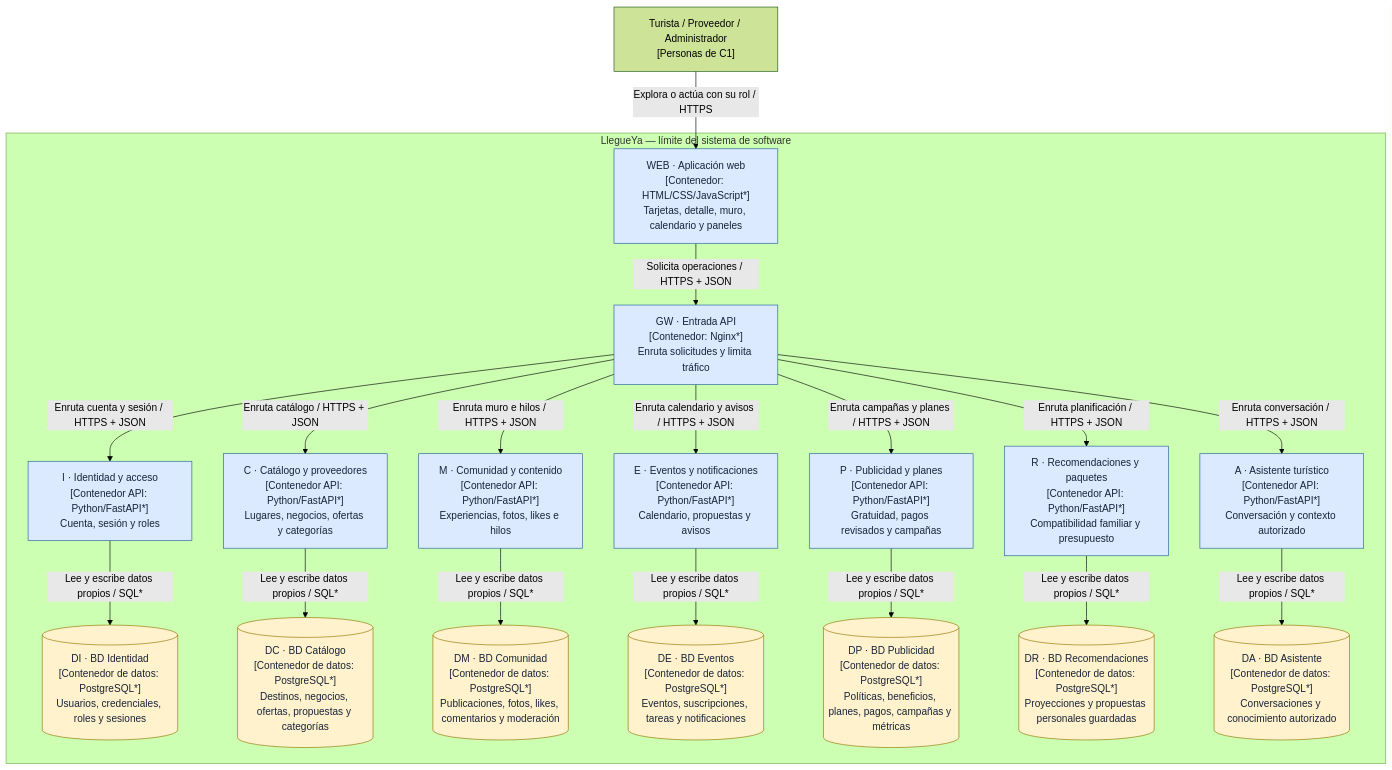
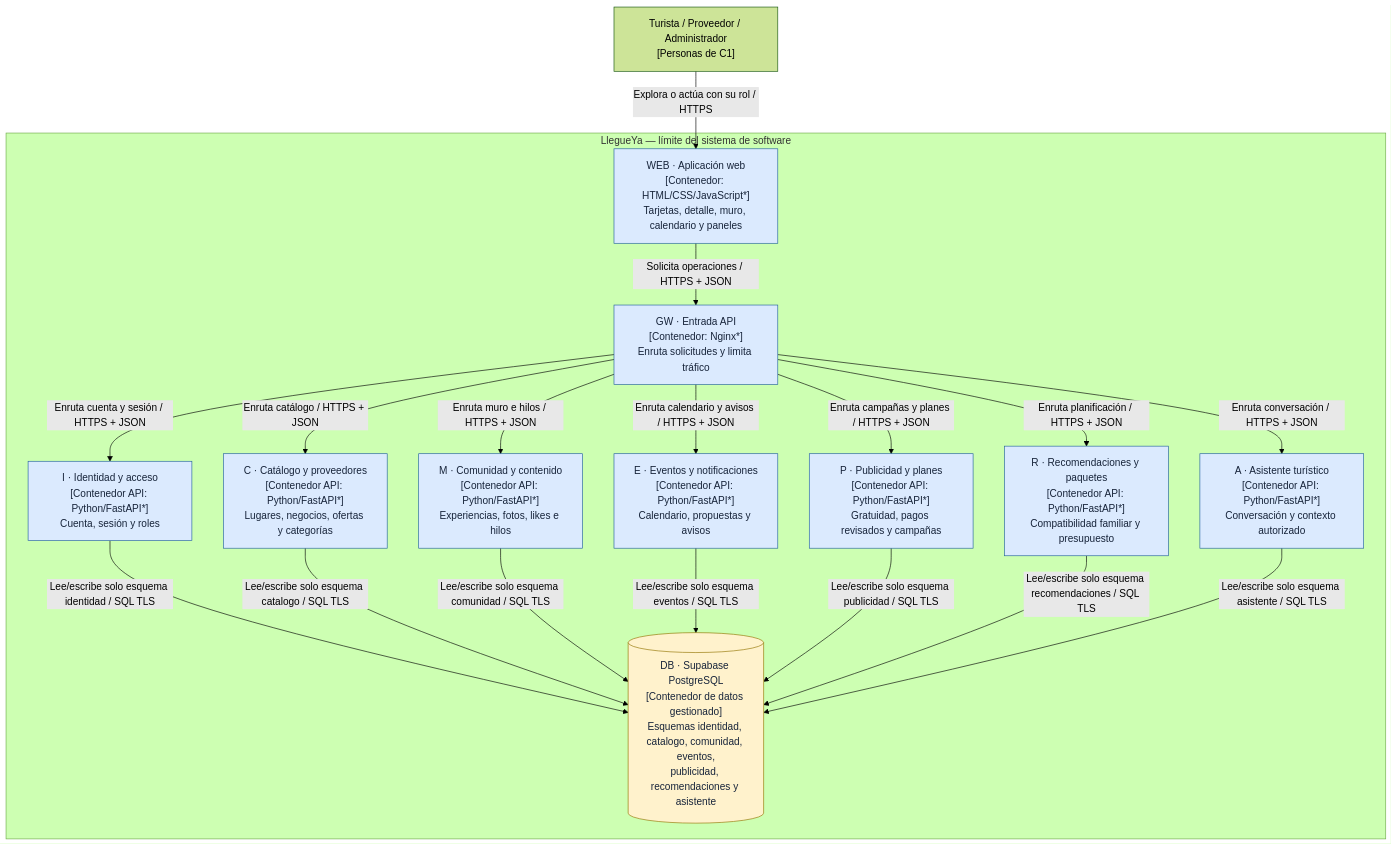
The first of 3 diagrams in modelo-c4/Nivel2-DiagramadeContenedores.md (cristianllallahui27-commits/LlegueYa), drawn with Mermaid (forest theme) before and after one commit. The commit also changed other lines of this file and 225 other files, not shown here.

````diff
--- a/modelo-c4/Nivel2-DiagramadeContenedores.md
+++ b/modelo-c4/Nivel2-DiagramadeContenedores.md
@@ -17,42 +17,36 @@
 ```mermaid
 flowchart TB
     U["Turista / Proveedor / Administrador<br/>[Personas de C1]"]
     subgraph LY["LlegueYa — límite del sistema de software"]
       WEB["WEB · Aplicación web<br/>[Contenedor: HTML/CSS/JavaScript*]<br/>Tarjetas, detalle, muro, calendario y paneles"]
       GW["GW · Entrada API<br/>[Contenedor: Nginx*]<br/>Enruta solicitudes y limita tráfico"]
       I["I · Identidad y acceso<br/>[Contenedor API: Python/FastAPI*]<br/>Cuenta, sesión y roles"]
       C["C · Catálogo y proveedores<br/>[Contenedor API: Python/FastAPI*]<br/>Lugares, negocios, ofertas y categorías"]
       M["M · Comunidad y contenido<br/>[Contenedor API: Python/FastAPI*]<br/>Experiencias, fotos, likes e hilos"]
       E["E · Eventos y notificaciones<br/>[Contenedor API: Python/FastAPI*]<br/>Calendario, propuestas y avisos"]
       P["P · Publicidad y planes<br/>[Contenedor API: Python/FastAPI*]<br/>Gratuidad, pagos revisados y campañas"]
       R["R · Recomendaciones y paquetes<br/>[Contenedor API: Python/FastAPI*]<br/>Compatibilidad familiar y presupuesto"]
       A["A · Asistente turístico<br/>[Contenedor API: Python/FastAPI*]<br/>Conversación y contexto autorizado"]
-      DI[("DI · BD Identidad<br/>[Contenedor de datos: PostgreSQL*]<br/>Usuarios, credenciales, roles y sesiones")]
-      DC[("DC · BD Catálogo<br/>[Contenedor de datos: PostgreSQL*]<br/>Destinos, negocios, ofertas, propuestas y categorías")]
-      DM[("DM · BD Comunidad<br/>[Contenedor de datos: PostgreSQL*]<br/>Publicaciones, fotos, likes, comentarios y moderación")]
-      DE[("DE · BD Eventos<br/>[Contenedor de datos: PostgreSQL*]<br/>Eventos, suscripciones, tareas y notificaciones")]
-      DP[("DP · BD Publicidad<br/>[Contenedor de datos: PostgreSQL*]<br/>Políticas, beneficios, planes, pagos, campañas y métricas")]
-      DR[("DR · BD Recomendaciones<br/>[Contenedor de datos: PostgreSQL*]<br/>Proyecciones y propuestas personales guardadas")]
-      DA[("DA · BD Asistente<br/>[Contenedor de datos: PostgreSQL*]<br/>Conversaciones y conocimiento autorizado")]
+      DB[("DB · Supabase PostgreSQL<br/>[Contenedor de datos gestionado]<br/>Esquemas identidad, catalogo, comunidad, eventos,<br/>publicidad, recomendaciones y asistente")]
       WEB -->|"Solicita operaciones / HTTPS + JSON"| GW
       GW -->|"Enruta cuenta y sesión / HTTPS + JSON"| I
       GW -->|"Enruta catálogo / HTTPS + JSON"| C
       GW -->|"Enruta muro e hilos / HTTPS + JSON"| M
       GW -->|"Enruta calendario y avisos / HTTPS + JSON"| E
       GW -->|"Enruta campañas y planes / HTTPS + JSON"| P
       GW -->|"Enruta planificación / HTTPS + JSON"| R
       GW -->|"Enruta conversación / HTTPS + JSON"| A
-      I -->|"Lee y escribe datos propios / SQL*"| DI
-      C -->|"Lee y escribe datos propios / SQL*"| DC
-      M -->|"Lee y escribe datos propios / SQL*"| DM
-      E -->|"Lee y escribe datos propios / SQL*"| DE
-      P -->|"Lee y escribe datos propios / SQL*"| DP
-      R -->|"Lee y escribe datos propios / SQL*"| DR
-      A -->|"Lee y escribe datos propios / SQL*"| DA
+      I -->|"Lee/escribe solo esquema identidad / SQL TLS"| DB
+      C -->|"Lee/escribe solo esquema catalogo / SQL TLS"| DB
+      M -->|"Lee/escribe solo esquema comunidad / SQL TLS"| DB
+      E -->|"Lee/escribe solo esquema eventos / SQL TLS"| DB
+      P -->|"Lee/escribe solo esquema publicidad / SQL TLS"| DB
+      R -->|"Lee/escribe solo esquema recomendaciones / SQL TLS"| DB
+      A -->|"Lee/escribe solo esquema asistente / SQL TLS"| DB
     end
     U -->|"Explora o actúa con su rol / HTTPS"| WEB
     classDef app fill:#dbeafe,stroke:#21609c,color:#17243a;
     classDef data fill:#fff2cc,stroke:#927400,color:#17243a;
     class WEB,GW,I,C,M,E,P,R,A app;
-    class DI,DC,DM,DE,DP,DR,DA data;
+    class DB data;
 ```
````
